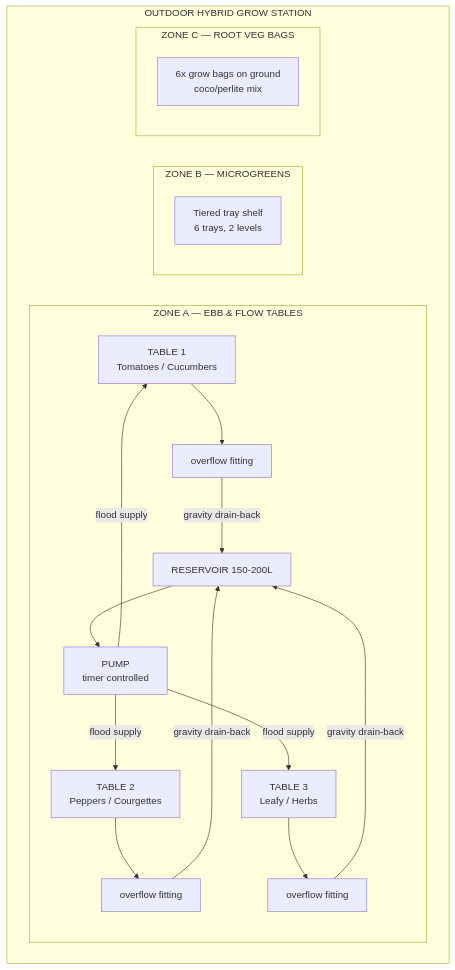
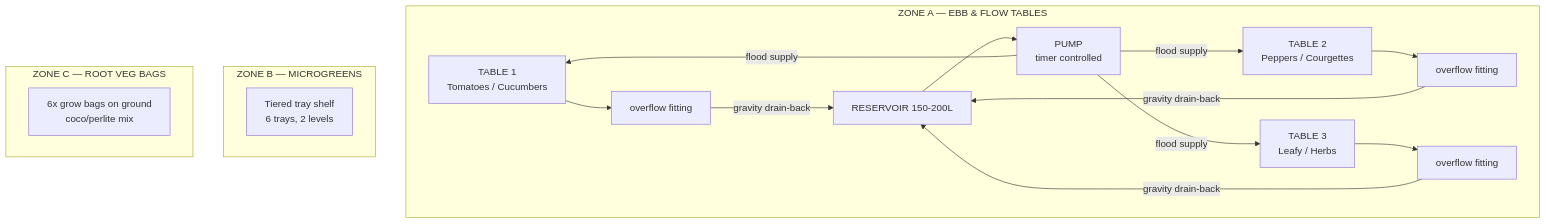
The first of 2 diagrams in guide/ebb-and-flow/00-system-overview.md (UncleJS/guide_hydroponics), drawn with Mermaid before and after one commit. The commit also changed other lines of this file and 12 other files, not shown here.

````diff
--- a/guide/ebb-and-flow/00-system-overview.md
+++ b/guide/ebb-and-flow/00-system-overview.md
@@ -90,19 +92,19 @@
 ```mermaid
 flowchart TD
-    subgraph STATION["OUTDOOR HYBRID GROW STATION"]
-        subgraph ZoneA["ZONE A — EBB & FLOW TABLES"]
-            T1["TABLE 1<br/>Tomatoes / Cucumbers"] --> OF1["overflow fitting"]
-            T2["TABLE 2<br/>Peppers / Courgettes"] --> OF2["overflow fitting"]
-            T3["TABLE 3<br/>Leafy / Herbs"] --> OF3["overflow fitting"]
-            OF1 & OF2 & OF3 -->|gravity drain-back| RES["RESERVOIR 150-200L"]
-            RES --> PUMP["PUMP<br/>timer controlled"]
-            PUMP -->|flood supply| T1 & T2 & T3
-        end
-        subgraph ZoneB["ZONE B — MICROGREENS"]
-            B["Tiered tray shelf<br/>6 trays, 2 levels"]
-        end
-        subgraph ZoneC["ZONE C — ROOT VEG BAGS"]
-            C["6x grow bags on ground<br/>coco/perlite mix"]
-        end
+    subgraph ZoneA["ZONE A — EBB &amp; FLOW TABLES"]
+        T1["TABLE 1<br/>Tomatoes / Cucumbers"] --> OF1["overflow fitting"]
+        T2["TABLE 2<br/>Peppers / Courgettes"] --> OF2["overflow fitting"]
+        T3["TABLE 3<br/>Leafy / Herbs"] --> OF3["overflow fitting"]
+        OF1 & OF2 & OF3 -->|gravity drain-back| RES["RESERVOIR 150-200L"]
+        RES --> PUMP["PUMP<br/>timer controlled"]
+        PUMP -->|flood supply| T1 & T2 & T3
+    end
+
+    subgraph ZoneB["ZONE B — MICROGREENS"]
+        B["Tiered tray shelf<br/>6 trays, 2 levels"]
+    end
+
+    subgraph ZoneC["ZONE C — ROOT VEG BAGS"]
+        C["6x grow bags on ground<br/>coco/perlite mix"]
     end
 ```
````
